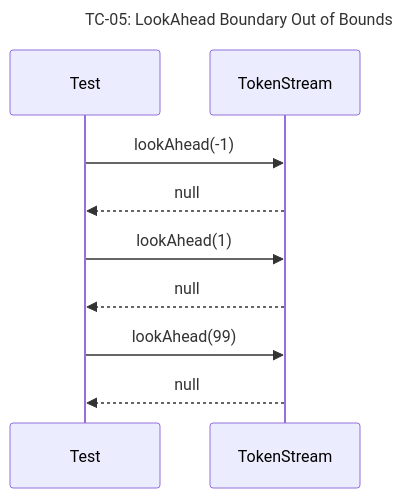
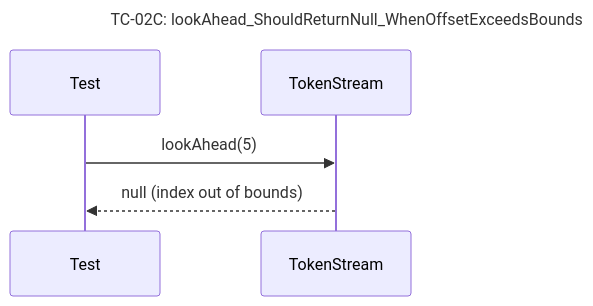
One commit to Dikhang1112/Database_Management_BBV changed the tenth of 41 diagrams in docs/unit_test/query_prossor/SequeceTestCase.md. Above: the diagram before and after it, drawn with Mermaid. The commit also changed other lines of this file and 6 other files, not shown here.

Commit message:
Add docs sequece diagram and scenario testcase

````diff
--- a/docs/unit_test/query_prossor/SequeceTestCase.md
+++ b/docs/unit_test/query_prossor/SequeceTestCase.md
@@ -78,13 +129,9 @@
 ```mermaid
 sequenceDiagram
-    title TC-05: LookAhead Boundary Out of Bounds
+    title TC-02C: lookAhead_ShouldReturnNull_WhenOffsetExceedsBounds
     participant Test
     participant TokenStream
 
-    Test->>TokenStream: lookAhead(-1)
-    TokenStream-->>Test: null
-    Test->>TokenStream: lookAhead(1)
-    TokenStream-->>Test: null
-    Test->>TokenStream: lookAhead(99)
-    TokenStream-->>Test: null
+    Test->>TokenStream: lookAhead(5)
+    TokenStream-->>Test: null (index out of bounds)
 ```
````
